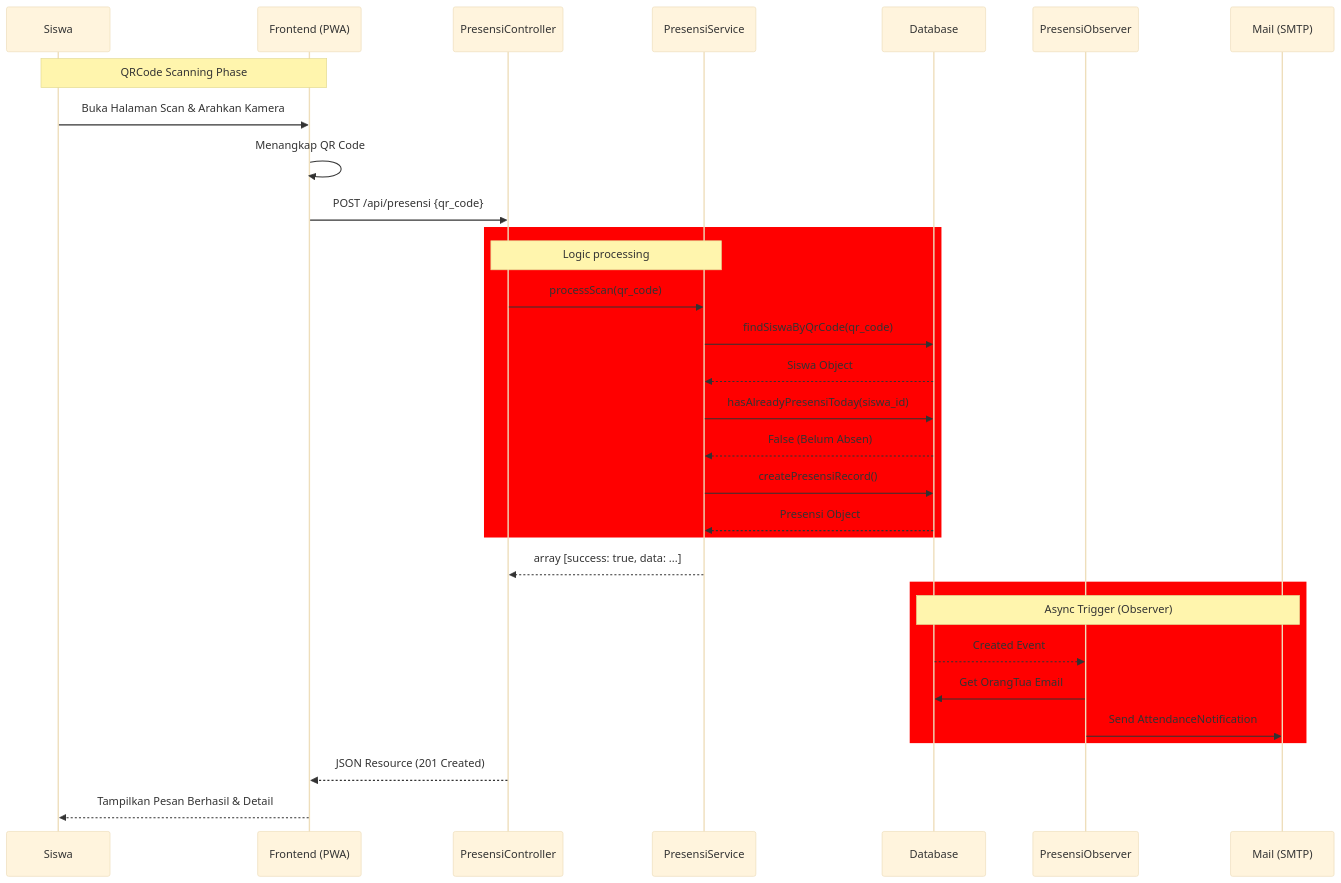
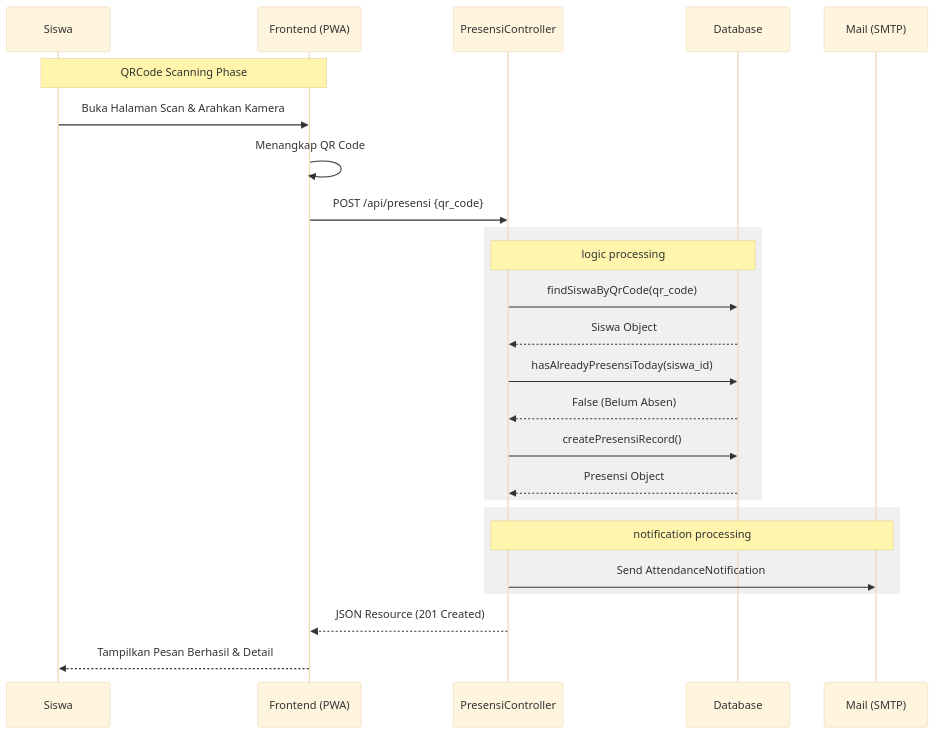
One commit to DimasVSuper/Sistem-Informasi-Presensi-Siswa-Laravel-11 changed the diagram in docs/Jurnal/Diagram/SequenceDiagram.md. Above: the diagram before and after it, drawn with Mermaid (base theme). The commit also changed other lines of this file and 12 other files, not shown here.

Commit message:
docs: initialize comprehensive technical documentation, project architecture, and quality assurance journals.

````diff
--- a/docs/Jurnal/Diagram/SequenceDiagram.md
+++ b/docs/Jurnal/Diagram/SequenceDiagram.md
@@ -5,38 +5,31 @@
 ```mermaid
 sequenceDiagram
     participant S as Siswa
     participant F as Frontend (PWA)
     participant C as PresensiController
-    participant SRV as PresensiService
     participant DB as Database
-    participant OBS as PresensiObserver
     participant M as Mail (SMTP)
 
     Note over S,F: QRCode Scanning Phase
     S->>F: Buka Halaman Scan & Arahkan Kamera
     F->>F: Menangkap QR Code
     F->>C: POST /api/presensi {qr_code}
     
-    rect rgba(255, 0, 0, 1)
-        Note over C,SRV: Logic processing
-        C->>SRV: processScan(qr_code)
-        SRV->>DB: findSiswaByQrCode(qr_code)
-        DB-->>SRV: Siswa Object
-        SRV->>DB: hasAlreadyPresensiToday(siswa_id)
-        DB-->>SRV: False (Belum Absen)
-        SRV->>DB: createPresensiRecord()
-        DB-->>SRV: Presensi Object
+    rect rgb(240, 240, 240)
+        Note over C,DB: logic processing
+        C->>DB: findSiswaByQrCode(qr_code)
+        DB-->>C: Siswa Object
+        C->>DB: hasAlreadyPresensiToday(siswa_id)
+        DB-->>C: False (Belum Absen)
+        C->>DB: createPresensiRecord()
+        DB-->>C: Presensi Object
     end
 
-    SRV-->>C: array [success: true, data: ...]
-    
-    rect rgba(255, 0, 0, 1)
-        Note over DB,M: Async Trigger (Observer)
-        DB-->>OBS: Created Event
-        OBS->>DB: Get OrangTua Email
-        OBS->>M: Send AttendanceNotification
+    rect rgb(240, 240, 240)
+        Note over C,M: notification processing
+        C->>M: Send AttendanceNotification
     end
 
     C-->>F: JSON Resource (201 Created)
     F-->>S: Tampilkan Pesan Berhasil & Detail
 ```
````
